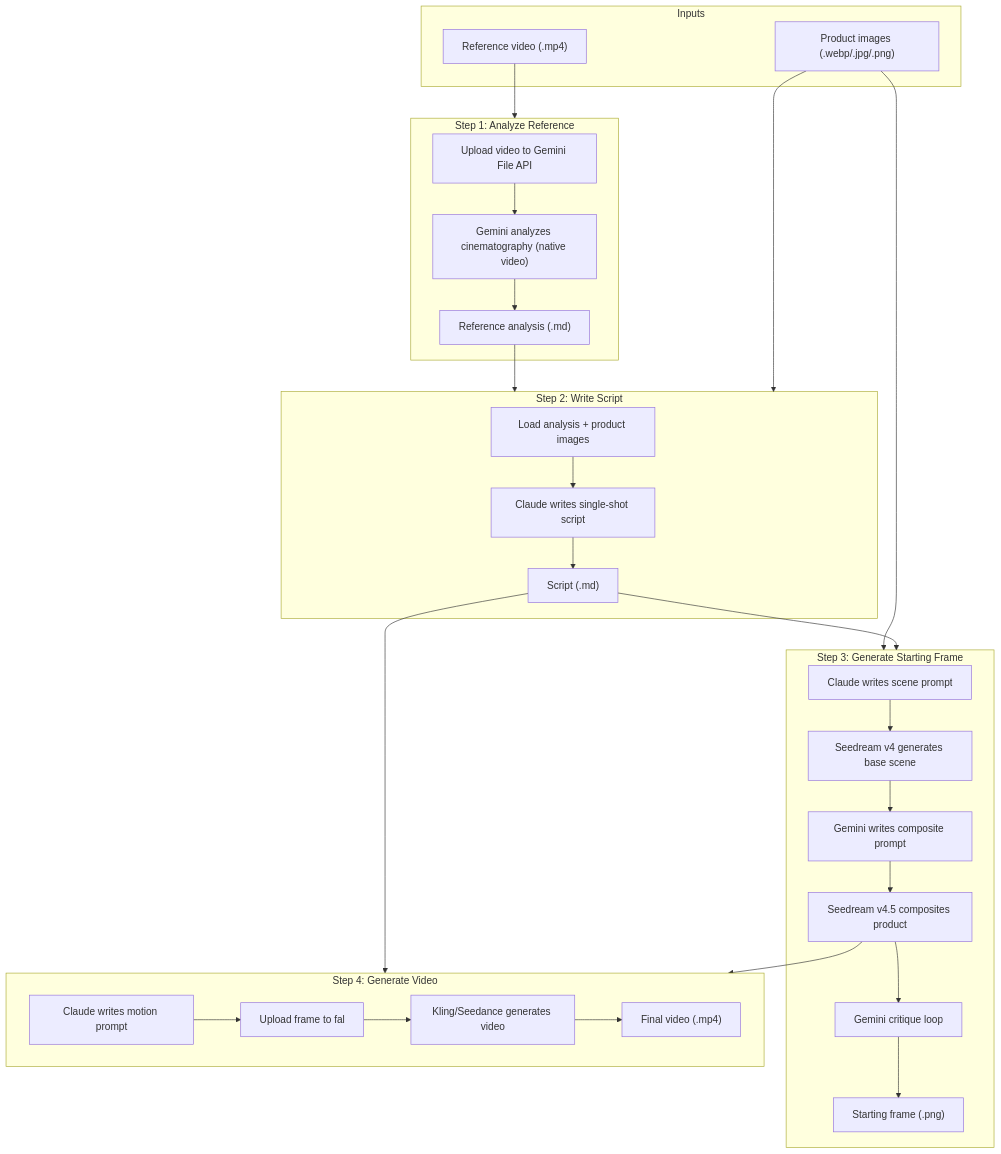
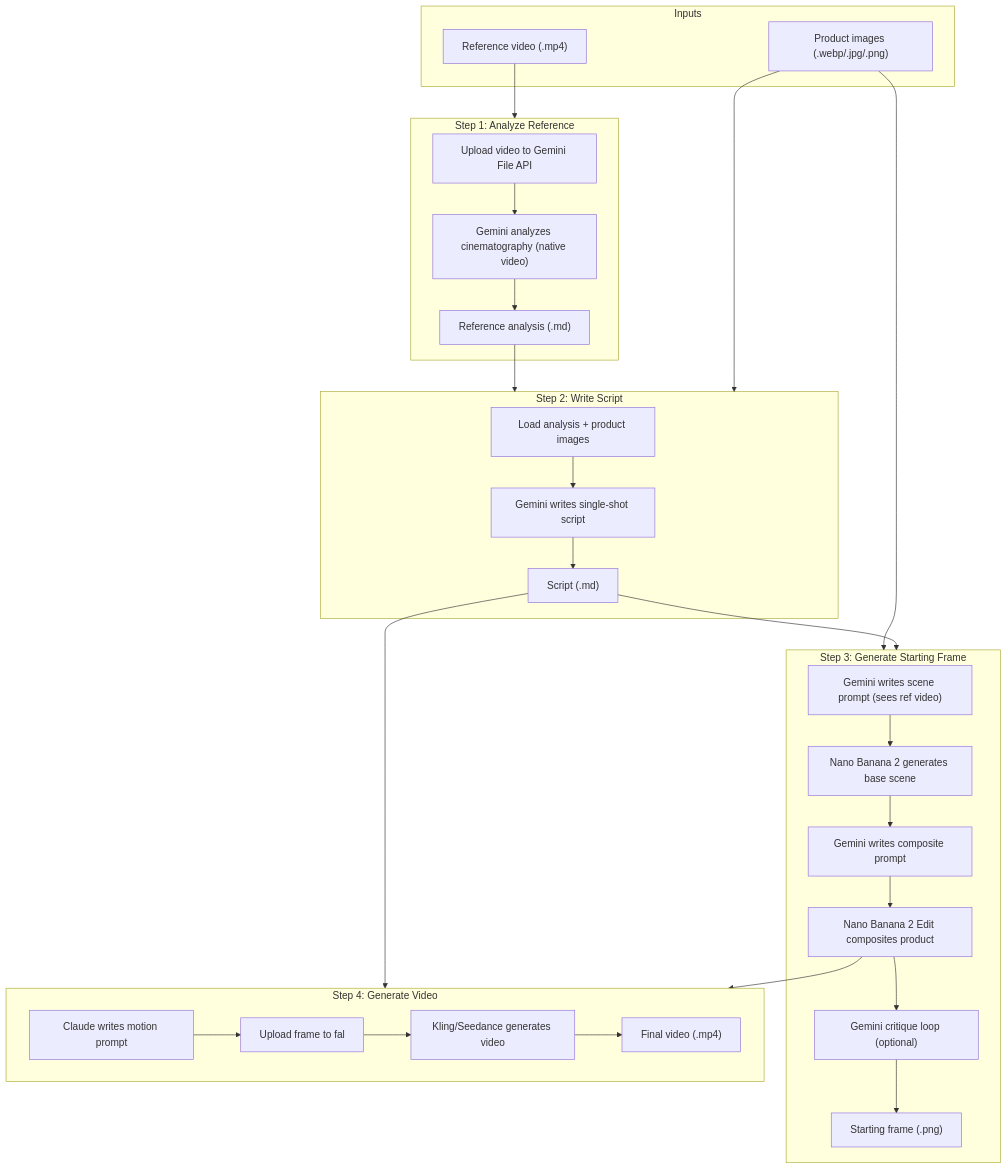
The diagram in docs/pipeline.md (lshalon/video-generation), drawn with Mermaid before and after one commit. The commit also changed other lines of this file and 36 other files, not shown here.

````diff
--- a/docs/pipeline.md
+++ b/docs/pipeline.md
@@ -9,47 +9,47 @@
 ```mermaid
 flowchart TD
     subgraph inputs [Inputs]
         RefVideo["Reference video (.mp4)"]
         ProductImages["Product images (.webp/.jpg/.png)"]
     end
 
     subgraph step1 [Step 1: Analyze Reference]
         A1["Upload video to Gemini File API"]
         A2["Gemini analyzes cinematography (native video)"]
         A3["Reference analysis (.md)"]
         A1 --> A2 --> A3
     end
 
     subgraph step2 [Step 2: Write Script]
         B1["Load analysis + product images"]
-        B2["Claude writes single-shot script"]
+        B2["Gemini writes single-shot script"]
         B3["Script (.md)"]
         B1 --> B2 --> B3
     end
 
     subgraph step3 [Step 3: Generate Starting Frame]
-        C1["Claude writes scene prompt"]
-        C2["Seedream v4 generates base scene"]
+        C1["Gemini writes scene prompt (sees ref video)"]
+        C2["Nano Banana 2 generates base scene"]
         C3["Gemini writes composite prompt"]
-        C4["Seedream v4.5 composites product"]
-        C5["Gemini critique loop"]
+        C4["Nano Banana 2 Edit composites product"]
+        C5["Gemini critique loop (optional)"]
         C6["Starting frame (.png)"]
         C1 --> C2 --> C3 --> C4 --> C5 --> C6
     end
 
     subgraph step4 [Step 4: Generate Video]
         D1["Claude writes motion prompt"]
         D2["Upload frame to fal"]
         D3["Kling/Seedance generates video"]
         D4["Final video (.mp4)"]
         D1 --> D2 --> D3 --> D4
     end
 
     RefVideo --> step1
     A3 --> step2
     ProductImages --> step2
     ProductImages --> step3
     B3 --> step3
     B3 --> step4
     C4 --> step4
 ```
````
